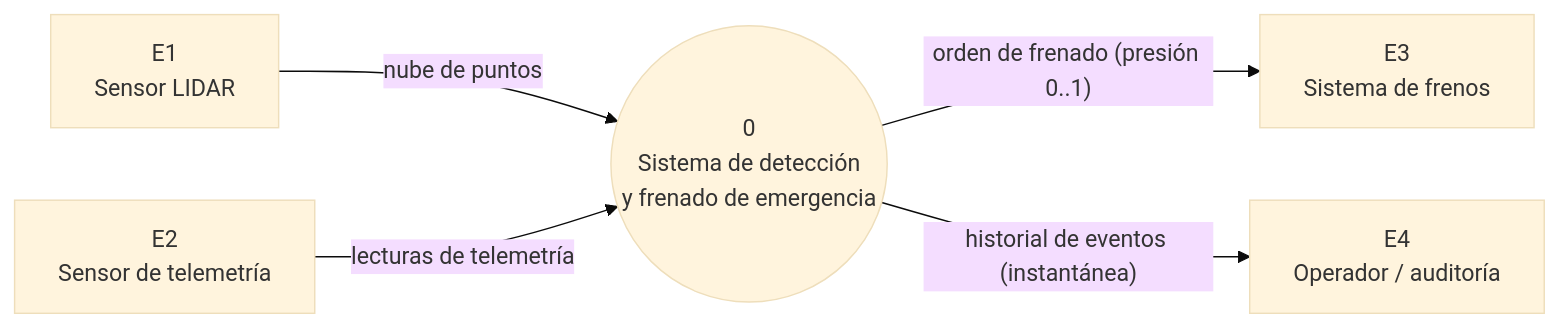
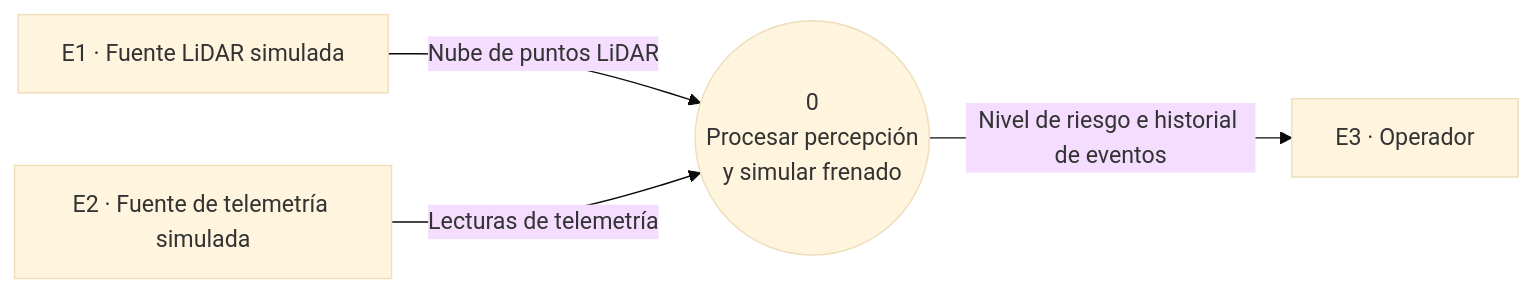
Before and after one commit to tomMore07/Grupo1_Vehiculos_Autonomos: the second of 4 diagrams in docs/02_arquitectura_uml.md, drawn with Mermaid (base theme). The commit also changed other lines of this file, not shown here.

````diff
--- a/docs/02_arquitectura_uml.md
+++ b/docs/02_arquitectura_uml.md
@@ -163,12 +163,11 @@
 ```mermaid
 flowchart LR
-    E1["E1<br/>Sensor LIDAR"]
-    E2["E2<br/>Sensor de telemetría"]
-    P0(("0<br/>Sistema de detección<br/>y frenado de emergencia"))
-    E3["E3<br/>Sistema de frenos"]
-    E4["E4<br/>Operador / auditoría"]
-    E1 -->|"nube de puntos"| P0
-    E2 -->|"lecturas de telemetría"| P0
-    P0 -->|"orden de frenado (presión 0..1)"| E3
-    P0 -->|"historial de eventos (instantánea)"| E4
+    E1["E1 · Fuente LiDAR simulada"]
+    E2["E2 · Fuente de telemetría simulada"]
+    E3["E3 · Operador"]
+    P0(("0<br/>Procesar percepción<br/>y simular frenado"))
+
+    E1 -->|"Nube de puntos LiDAR"| P0
+    E2 -->|"Lecturas de telemetría"| P0
+    P0 -->|"Nivel de riesgo e historial de eventos"| E3
 ```
````
